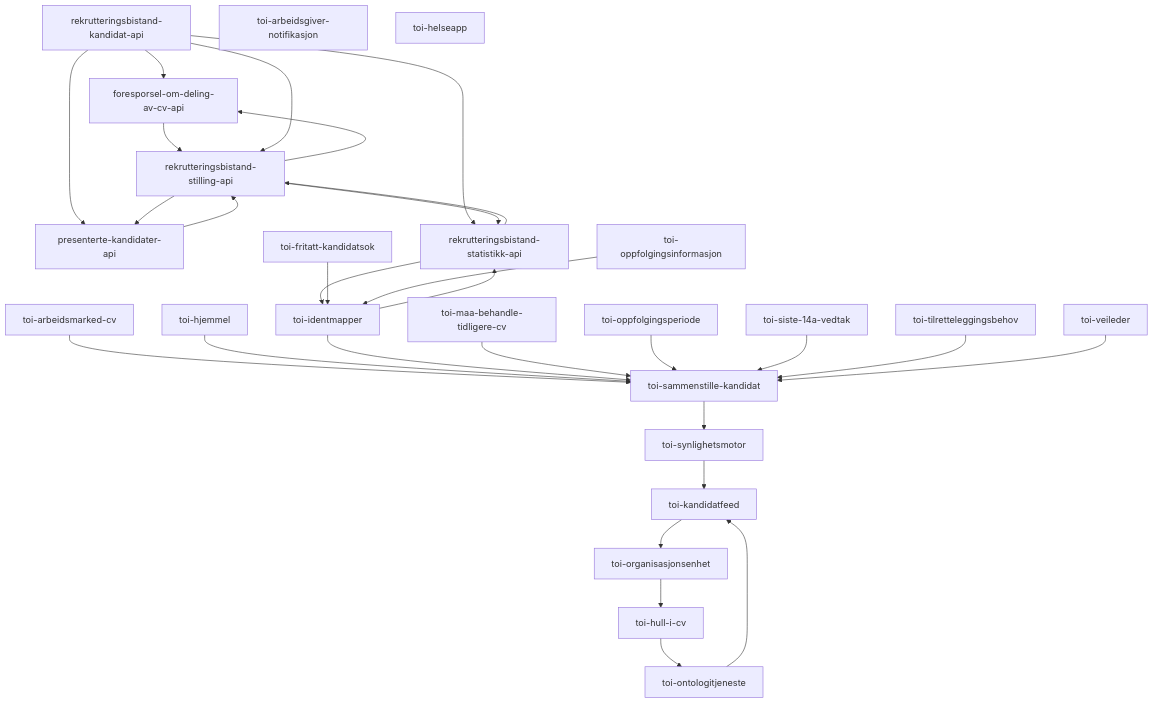
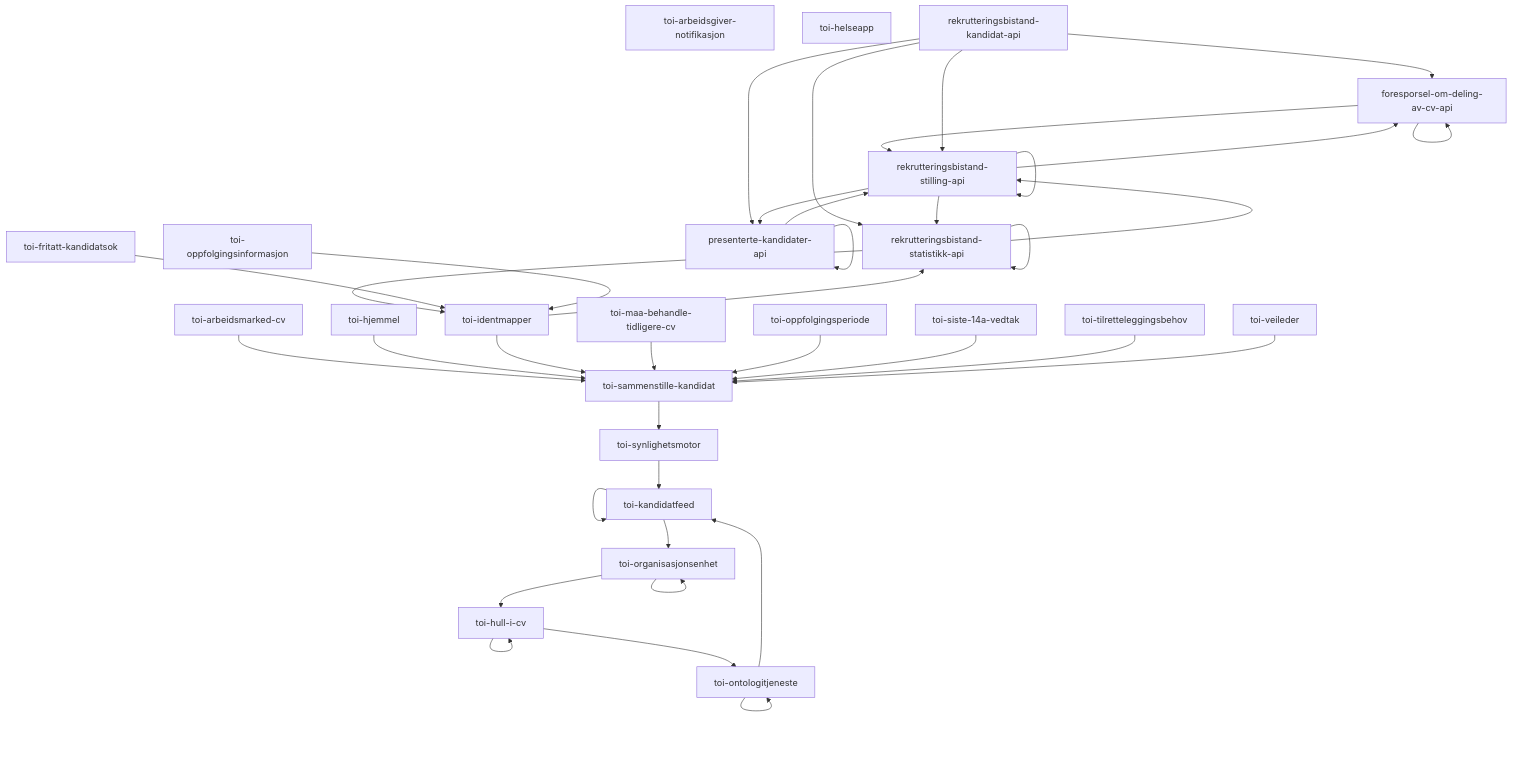
The diagram in README.md (navikt/toi-rapids-and-rivers-grapher), drawn with Mermaid before and after one commit. The commit also changed other lines of this file, not shown here.

````diff
--- a/README.md
+++ b/README.md
@@ -5,33 +5,41 @@
 ```mermaid
 graph TD;
+toi-arbeidsgiver-notifikasjon;
+toi-helseapp;
+foresporsel-om-deling-av-cv-api --> foresporsel-om-deling-av-cv-api;
 foresporsel-om-deling-av-cv-api --> rekrutteringsbistand-stilling-api;
+presenterte-kandidater-api --> presenterte-kandidater-api;
 presenterte-kandidater-api --> rekrutteringsbistand-stilling-api;
 rekrutteringsbistand-kandidat-api --> foresporsel-om-deling-av-cv-api;
 rekrutteringsbistand-kandidat-api --> presenterte-kandidater-api;
 rekrutteringsbistand-kandidat-api --> rekrutteringsbistand-statistikk-api;
 rekrutteringsbistand-kandidat-api --> rekrutteringsbistand-stilling-api;
+rekrutteringsbistand-statistikk-api --> rekrutteringsbistand-statistikk-api;
 rekrutteringsbistand-statistikk-api --> rekrutteringsbistand-stilling-api;
 rekrutteringsbistand-statistikk-api --> toi-identmapper;
 rekrutteringsbistand-stilling-api --> foresporsel-om-deling-av-cv-api;
 rekrutteringsbistand-stilling-api --> presenterte-kandidater-api;
 rekrutteringsbistand-stilling-api --> rekrutteringsbistand-statistikk-api;
-toi-arbeidsgiver-notifikasjon;
+rekrutteringsbistand-stilling-api --> rekrutteringsbistand-stilling-api;
 toi-arbeidsmarked-cv --> toi-sammenstille-kandidat;
 toi-fritatt-kandidatsok --> toi-identmapper;
-toi-helseapp;
 toi-hjemmel --> toi-sammenstille-kandidat;
+toi-hull-i-cv --> toi-hull-i-cv;
 toi-hull-i-cv --> toi-ontologitjeneste;
 toi-identmapper --> rekrutteringsbistand-statistikk-api;
 toi-identmapper --> toi-sammenstille-kandidat;
+toi-kandidatfeed --> toi-kandidatfeed;
 toi-kandidatfeed --> toi-organisasjonsenhet;
 toi-maa-behandle-tidligere-cv --> toi-sammenstille-kandidat;
 toi-ontologitjeneste --> toi-kandidatfeed;
+toi-ontologitjeneste --> toi-ontologitjeneste;
 toi-oppfolgingsinformasjon --> toi-identmapper;
 toi-oppfolgingsperiode --> toi-sammenstille-kandidat;
 toi-organisasjonsenhet --> toi-hull-i-cv;
+toi-organisasjonsenhet --> toi-organisasjonsenhet;
 toi-sammenstille-kandidat --> toi-synlighetsmotor;
 toi-siste-14a-vedtak --> toi-sammenstille-kandidat;
 toi-synlighetsmotor --> toi-kandidatfeed;
 toi-tilretteleggingsbehov --> toi-sammenstille-kandidat;
 toi-veileder --> toi-sammenstille-kandidat;
 ```
````
